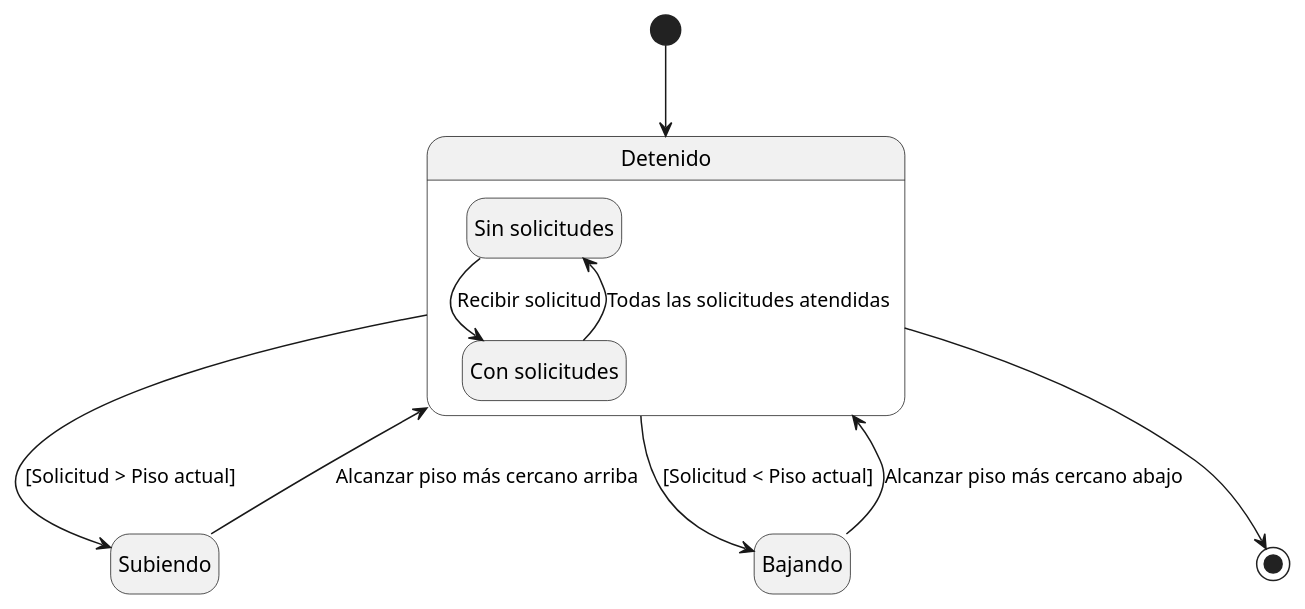
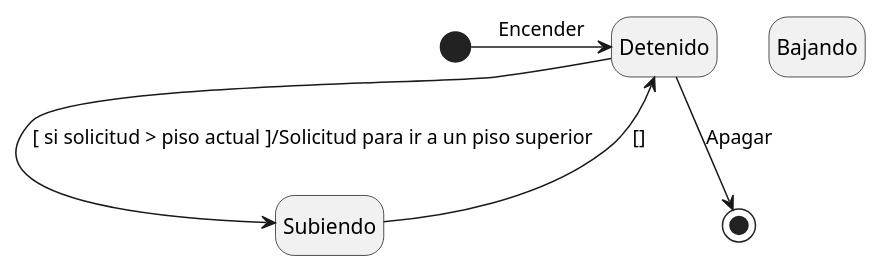
Before and after one commit to Z0SO/UML-Practice: the second of 2 diagrams in Parcial_2/01-Vista_maquina_de_estados/ej-3.md, drawn with PlantUML.

Commit message:
bkp -> 2024-11-18 20:22:37

````diff
--- a/Parcial_2/01-Vista_maquina_de_estados/ej-3.md
+++ b/Parcial_2/01-Vista_maquina_de_estados/ej-3.md
@@ -47,25 +47,19 @@
 ```plantuml
 @startuml
 hide empty description
 
-state "Detenido" as detenido {
-    state "Sin solicitudes" as sinSolicitudes
-    state "Con solicitudes" as conSolicitudes
-    sinSolicitudes --> conSolicitudes: Recibir solicitud
-    conSolicitudes --> sinSolicitudes: Todas las solicitudes atendidas
-}
-
+state "Detenido" as detenido 
 state "Subiendo" as subiendo
 state "Bajando" as bajando
 
-[*] --> detenido
 
-detenido --> subiendo: [Solicitud > Piso actual]
-detenido --> bajando: [Solicitud < Piso actual]
 
-subiendo --> detenido: Alcanzar piso más cercano arriba
-bajando --> detenido: Alcanzar piso más cercano abajo
+[*] -> detenido: Encender
 
-detenido --> [*]
+detenido --> subiendo: [ si solicitud > piso actual ]/Solicitud para ir a un piso superior
+
+subiendo -> detenido: []
+
+detenido --> [*]: Apagar
 @enduml
 ```
````
